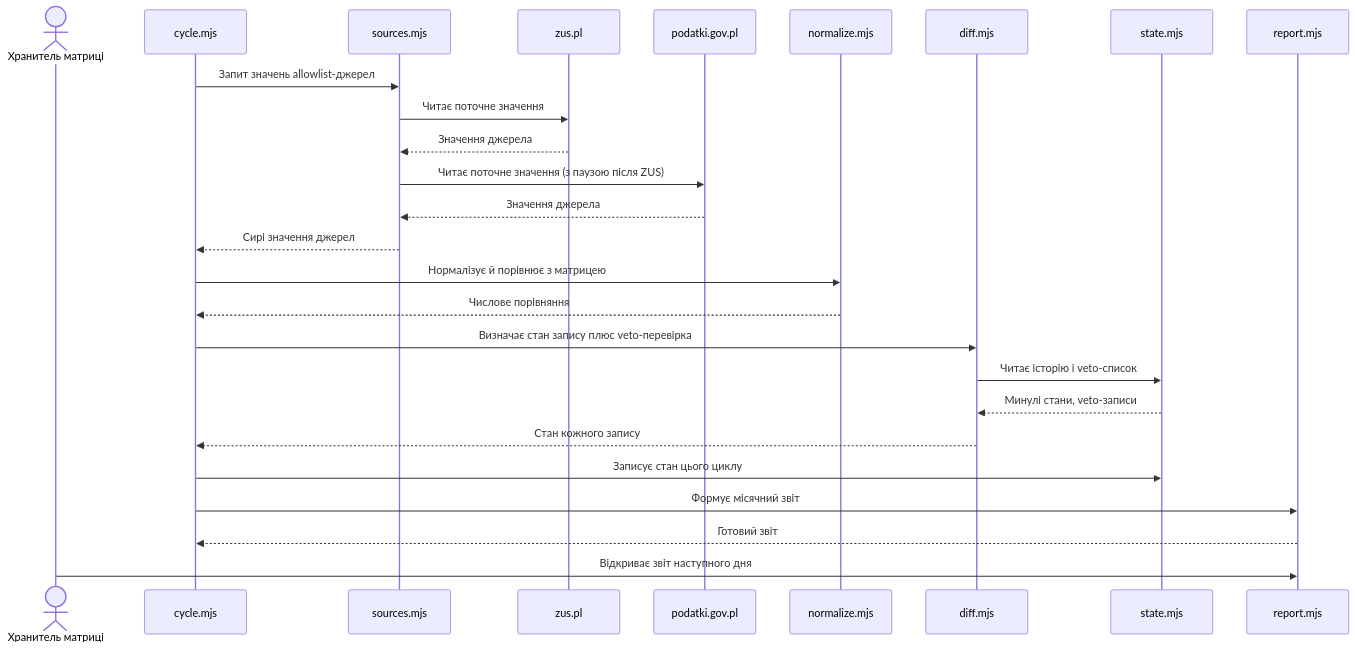
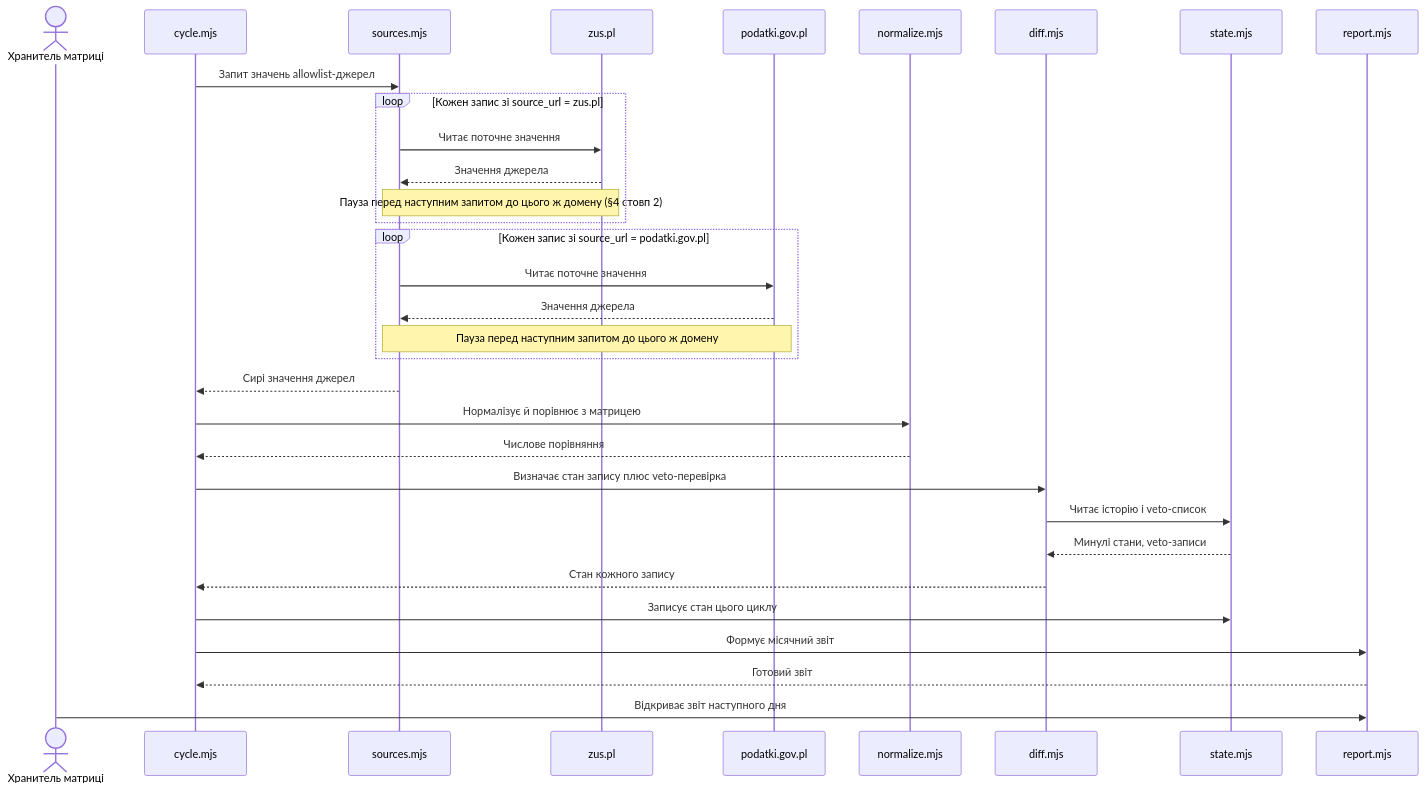
One commit to r1ckshot/tax-navigator changed the third of 4 diagrams in docs/features/rules-change-monitor/sad.md. Above: the diagram before and after it, drawn with Mermaid. The commit also changed other lines of this file and 1 other file, not shown here.

````diff
--- a/docs/features/rules-change-monitor/sad.md
+++ b/docs/features/rules-change-monitor/sad.md
@@ -181,29 +180,35 @@
 ```mermaid
 sequenceDiagram
     actor Keeper as Хранитель матриці
     participant Cycle as cycle.mjs
     participant Sources as sources.mjs
     participant ZUS as zus.pl
     participant Podatki as podatki.gov.pl
     participant Normalize as normalize.mjs
     participant Diff as diff.mjs
     participant State as state.mjs
     participant Report as report.mjs
 
     Cycle->>Sources: Запит значень allowlist-джерел
-    Sources->>ZUS: Читає поточне значення
-    ZUS-->>Sources: Значення джерела
-    Sources->>Podatki: Читає поточне значення (з паузою після ZUS)
-    Podatki-->>Sources: Значення джерела
+    loop Кожен запис зі source_url = zus.pl
+        Sources->>ZUS: Читає поточне значення
+        ZUS-->>Sources: Значення джерела
+        Note over Sources,ZUS: Пауза перед наступним запитом до цього ж домену (§4 стовп 2)
+    end
+    loop Кожен запис зі source_url = podatki.gov.pl
+        Sources->>Podatki: Читає поточне значення
+        Podatki-->>Sources: Значення джерела
+        Note over Sources,Podatki: Пауза перед наступним запитом до цього ж домену
+    end
     Sources-->>Cycle: Сирі значення джерел
     Cycle->>Normalize: Нормалізує й порівнює з матрицею
     Normalize-->>Cycle: Числове порівняння
     Cycle->>Diff: Визначає стан запису плюс veto-перевірка
     Diff->>State: Читає історію і veto-список
     State-->>Diff: Минулі стани, veto-записи
     Diff-->>Cycle: Стан кожного запису
     Cycle->>State: Записує стан цього циклу
     Cycle->>Report: Формує місячний звіт
     Report-->>Cycle: Готовий звіт
     Keeper->>Report: Відкриває звіт наступного дня
 ```
````
